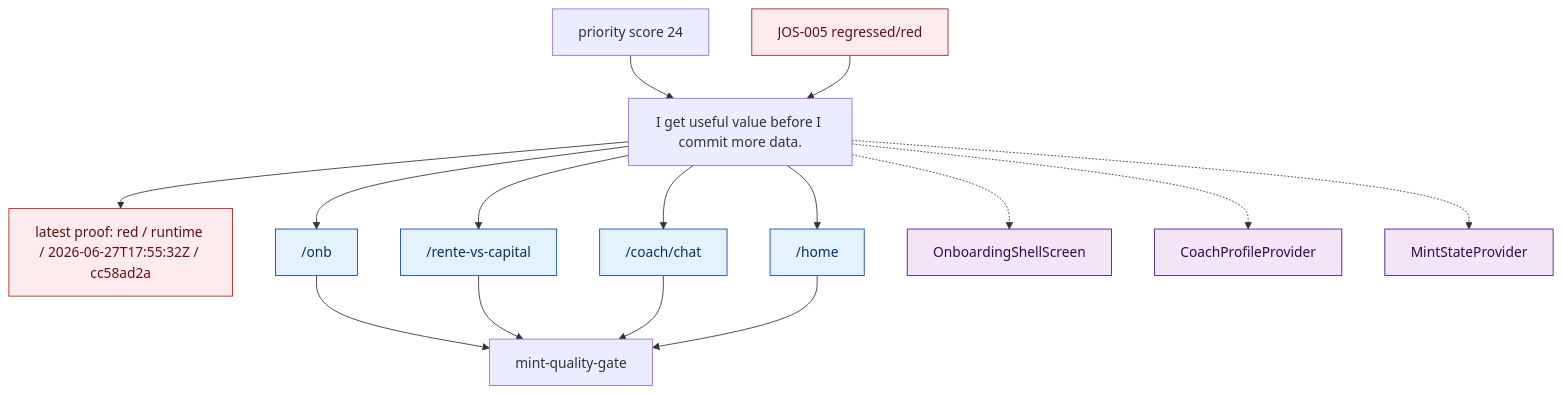
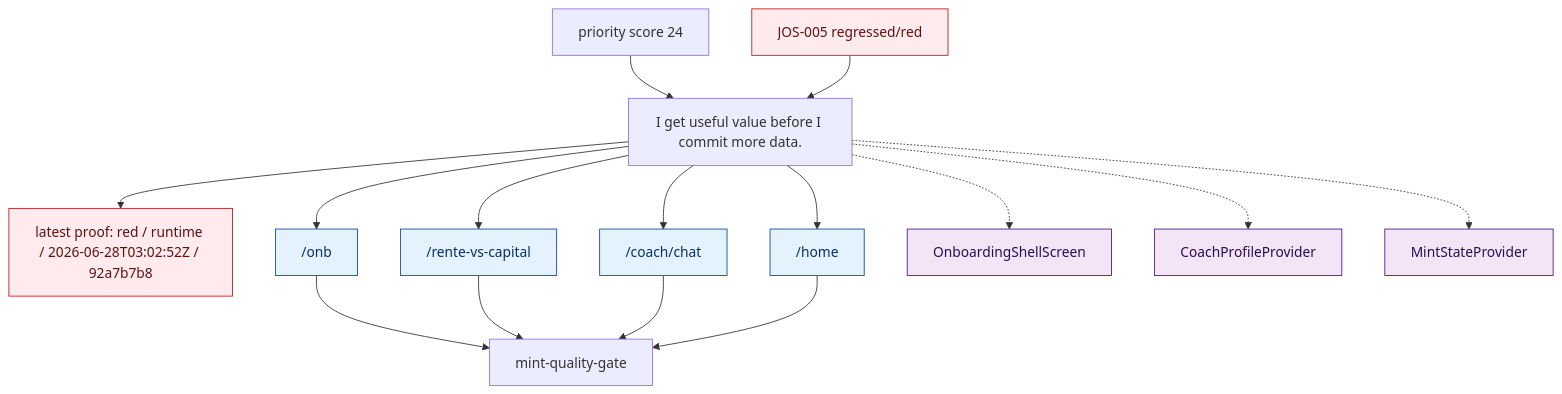
Before and after one commit to MINT-IA/MINT: the diagram in .planning/journeys/diagrams/onboarding_first_value.mmd, drawn with Mermaid. The commit also changed 8 other files, not shown here.

```diff
--- a/.planning/journeys/diagrams/onboarding_first_value.mmd
+++ b/.planning/journeys/diagrams/onboarding_first_value.mmd
@@ -1,45 +1,45 @@
 %% Generated from .planning/journeys/records/onboarding_first_value.json
 flowchart TD
   promise["I get useful value before I commit more data."]
   team["mint-quality-gate"]
-  latest["latest proof: red / runtime / 2026-06-27T17:55:32Z / cc58ad2a"]
+  latest["latest proof: red / runtime / 2026-06-28T03:02:52Z / 92a7b7b8"]
   promise --> latest
   classDef green fill:#e8f5e9,stroke:#1b5e20,color:#0b3d1a;
   classDef red fill:#ffebee,stroke:#b71c1c,color:#5f1111;
   classDef amber fill:#fff8e1,stroke:#ff8f00,color:#5f3b00;
   classDef blocked fill:#eceff1,stroke:#455a64,color:#263238;
   classDef neutral fill:#f5f5f5,stroke:#616161,color:#212121;
   classDef route fill:#e3f2fd,stroke:#0d47a1,color:#082f66;
   classDef surface fill:#f3e5f5,stroke:#4a148c,color:#2b0d52;
   classDef api fill:#e0f2f1,stroke:#00695c,color:#003d35;
   class latest red
   priority["priority score 24"]
   priority --> promise
   route_onb["/onb"]
   promise --> route_onb
   route_onb --> team
   class route_onb route
   route_rente_vs_capital["/rente-vs-capital"]
   promise --> route_rente_vs_capital
   route_rente_vs_capital --> team
   class route_rente_vs_capital route
   route_coach_chat["/coach/chat"]
   promise --> route_coach_chat
   route_coach_chat --> team
   class route_coach_chat route
   route_home["/home"]
   promise --> route_home
   route_home --> team
   class route_home route
   surface_OnboardingShellScreen["OnboardingShellScreen"]
   promise -.-> surface_OnboardingShellScreen
   class surface_OnboardingShellScreen surface
   surface_CoachProfileProvider["CoachProfileProvider"]
   promise -.-> surface_CoachProfileProvider
   class surface_CoachProfileProvider surface
   surface_MintStateProvider["MintStateProvider"]
   promise -.-> surface_MintStateProvider
   class surface_MintStateProvider surface
   issue_JOS_005["JOS-005 regressed/red"]
   issue_JOS_005 --> promise
   class issue_JOS_005 red
```
